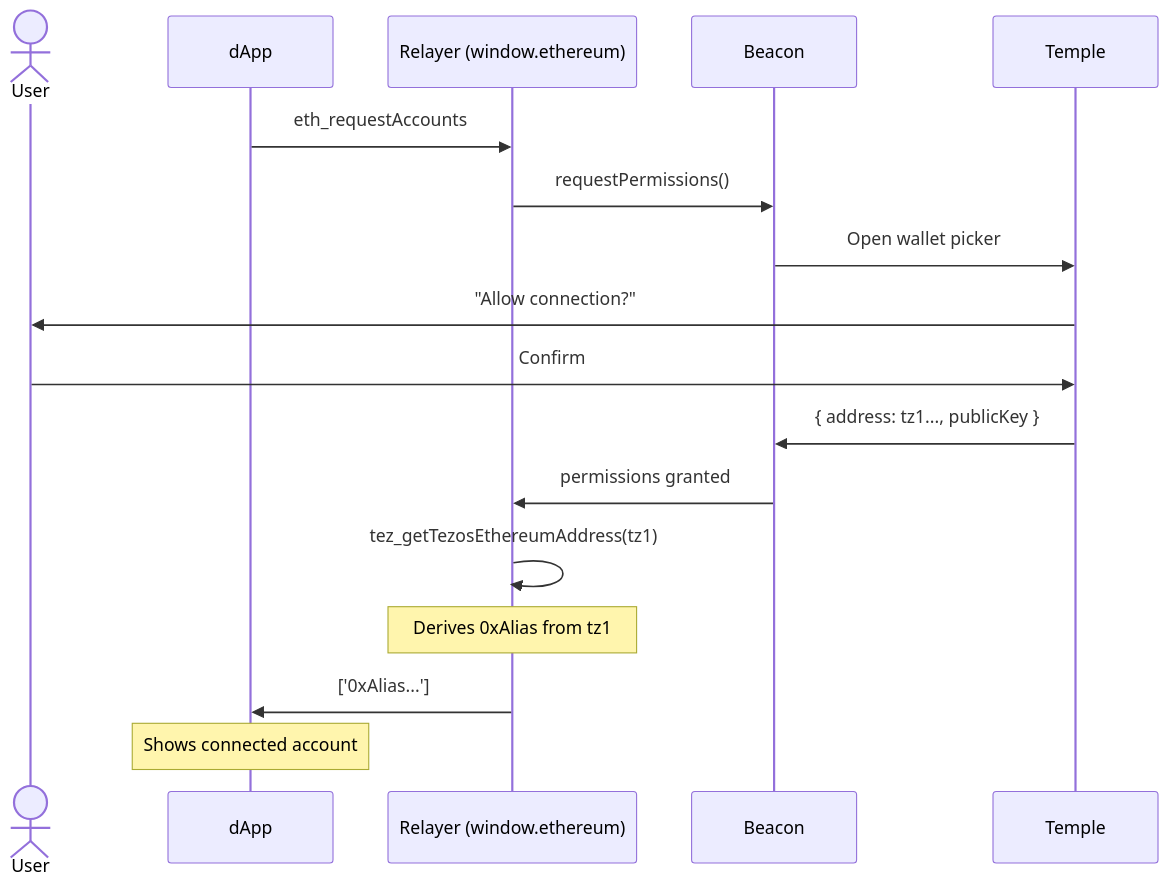
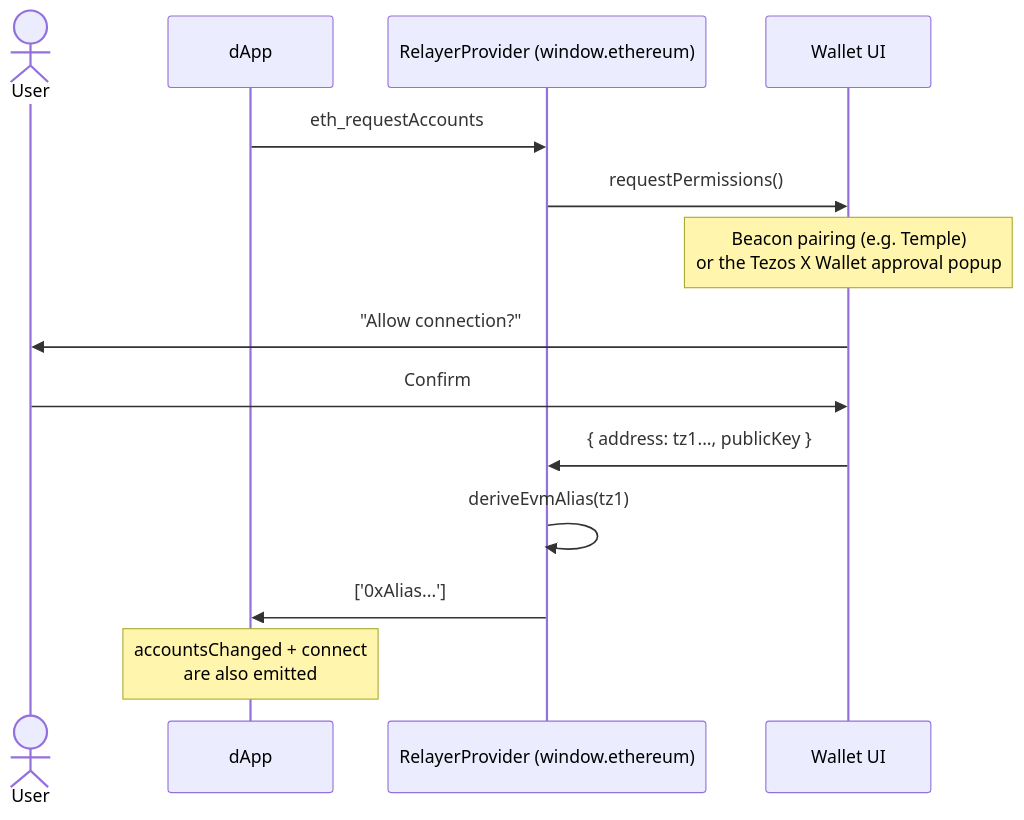
One commit to Rasalghulsslayer/tezos-x-wallet-mod changed the diagram in website/docs/user-flows/connect-wallet.md. Above: the diagram before and after it, drawn with Mermaid. The commit also changed other lines of this file and 498 other files, not shown here.

````diff
--- a/website/docs/user-flows/connect-wallet.md
+++ b/website/docs/user-flows/connect-wallet.md
@@ -19,20 +30,17 @@
 ```mermaid
 sequenceDiagram
     actor User
     participant dApp
-    participant Relayer as Relayer (window.ethereum)
-    participant Beacon
-    participant Temple
+    participant Relayer as RelayerProvider (window.ethereum)
+    participant Wallet as Wallet UI
 
     dApp->>Relayer: eth_requestAccounts
-    Relayer->>Beacon: requestPermissions()
-    Beacon->>Temple: Open wallet picker
-    Temple->>User: "Allow connection?"
-    User->>Temple: Confirm
-    Temple->>Beacon: { address: tz1..., publicKey }
-    Beacon->>Relayer: permissions granted
-    Relayer->>Relayer: tez_getTezosEthereumAddress(tz1)
-    Note over Relayer: Derives 0xAlias from tz1
+    Relayer->>Wallet: requestPermissions()
+    Note over Wallet: Beacon pairing (e.g. Temple)<br/>or the Tezos X Wallet approval popup
+    Wallet->>User: "Allow connection?"
+    User->>Wallet: Confirm
+    Wallet->>Relayer: { address: tz1..., publicKey }
+    Relayer->>Relayer: deriveEvmAlias(tz1)
     Relayer->>dApp: ['0xAlias...']
-    Note over dApp: Shows connected account
+    Note over dApp: accountsChanged + connect<br/>are also emitted
 ```
````
